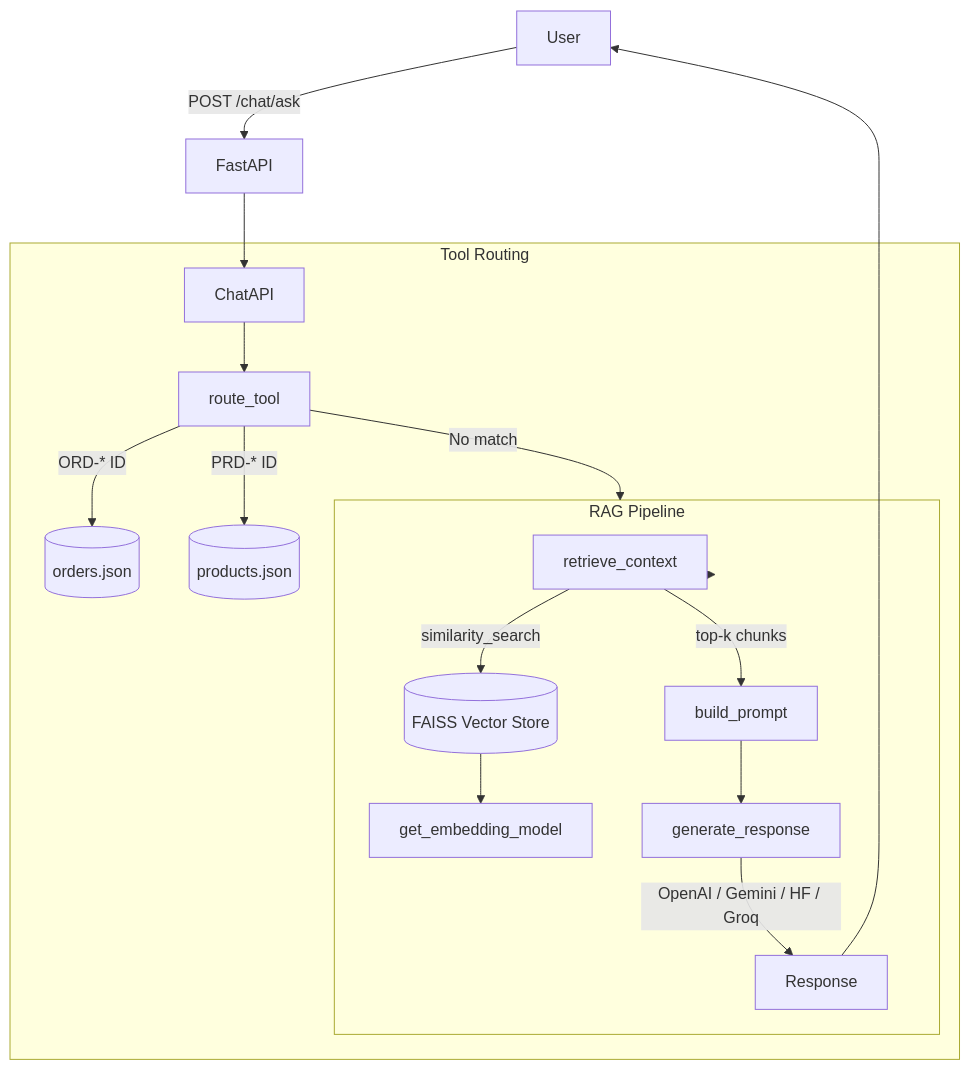
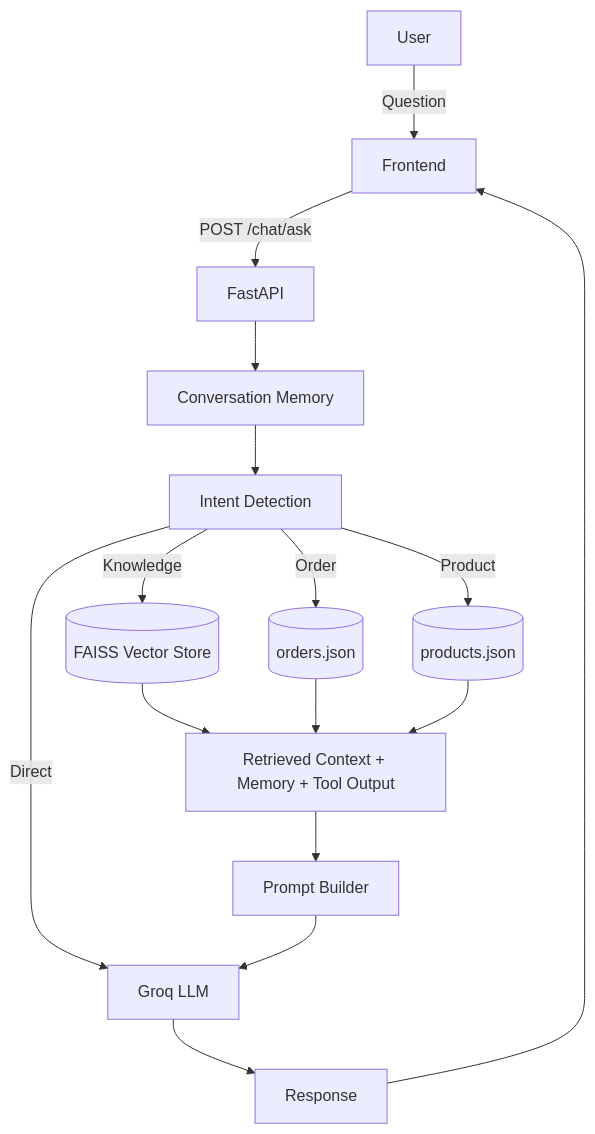
One commit to Anukul-Chandra/Mini-Ai-Assistant changed the diagram in README.md. Above: the diagram before and after it, drawn with Mermaid.

Commit message:
Update architecture diagram

````diff
--- a/README.md
+++ b/README.md
@@ -36,23 +36,21 @@
 ```mermaid
 graph TD
-    User -->|POST /chat/ask| FastAPI
-    FastAPI --> ChatAPI
+    User -->|Question| Frontend
+    Frontend -->|POST /chat/ask| FastAPI
+    FastAPI --> Memory[Conversation Memory]
 
-    subgraph Tool_Route ["Tool Routing"]
-        ChatAPI --> ToolRouter[route_tool]
-        ToolRouter -->|ORD-* ID| OrdersJSON[(orders.json)]
-        ToolRouter -->|PRD-* ID| ProductsJSON[(products.json)]
-        ToolRouter -->|No match| RAG
-    end
+    Memory --> Intent[Intent Detection]
+    Intent -->|Knowledge| FAISS[(FAISS Vector Store)]
+    Intent -->|Order| Orders[(orders.json)]
+    Intent -->|Product| Products[(products.json)]
+    Intent -->|Direct| LLM[Groq LLM]
 
-    subgraph RAG ["RAG Pipeline"]
-        RAG --> Retrieve[retrieve_context]
-        Retrieve -->|similarity_search| FAISS[(FAISS Vector Store)]
-        FAISS --> Embeddings[get_embedding_model]
-        Retrieve -->|top-k chunks| PromptBuilder[build_prompt]
-        PromptBuilder --> LLM[generate_response]
-        LLM -->|OpenAI / Gemini / HF / Groq| Response
-    end
+    FAISS --> Context[Retrieved Context + Memory + Tool Output]
+    Orders --> Context
+    Products --> Context
+    Context --> Prompt[Prompt Builder]
 
-    Response --> User
+    Prompt --> LLM
+    LLM --> Response
+    Response --> Frontend
 ```
````
